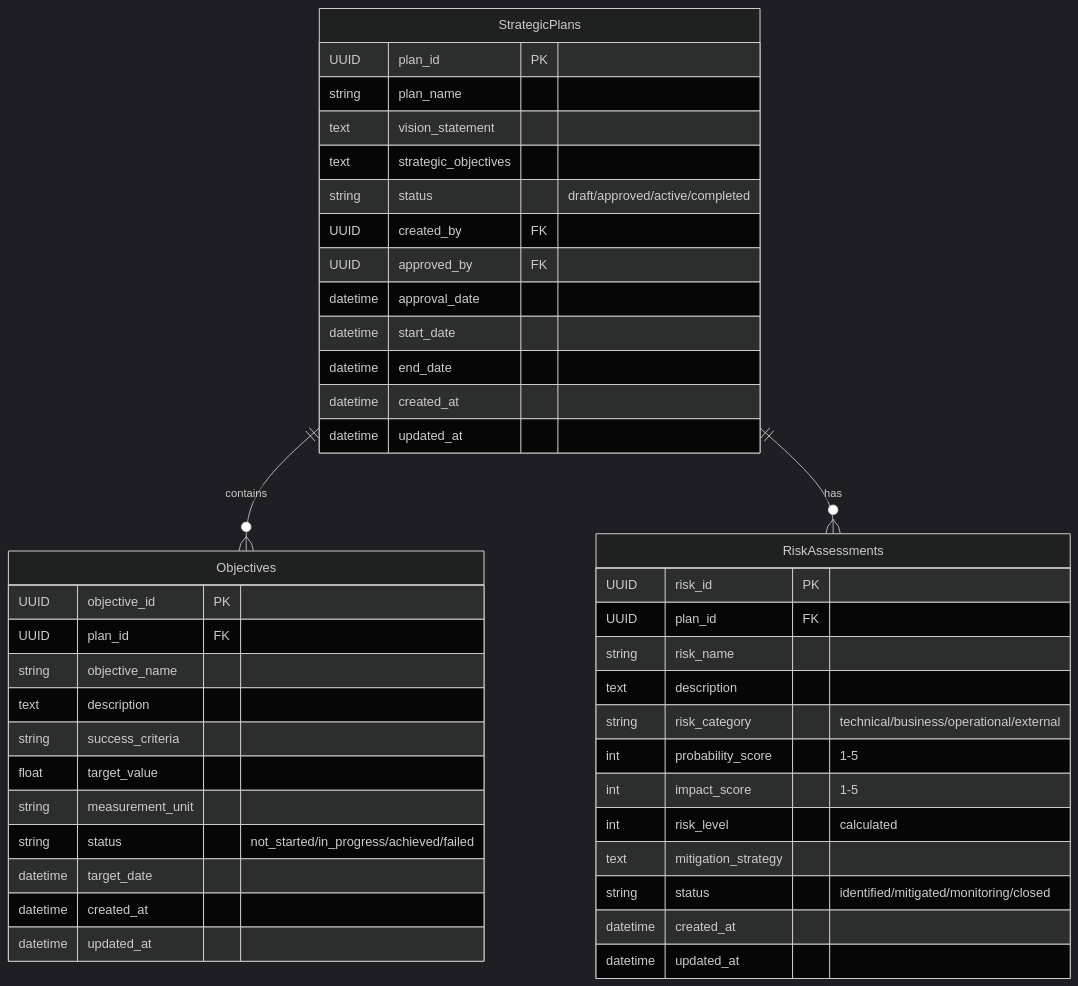
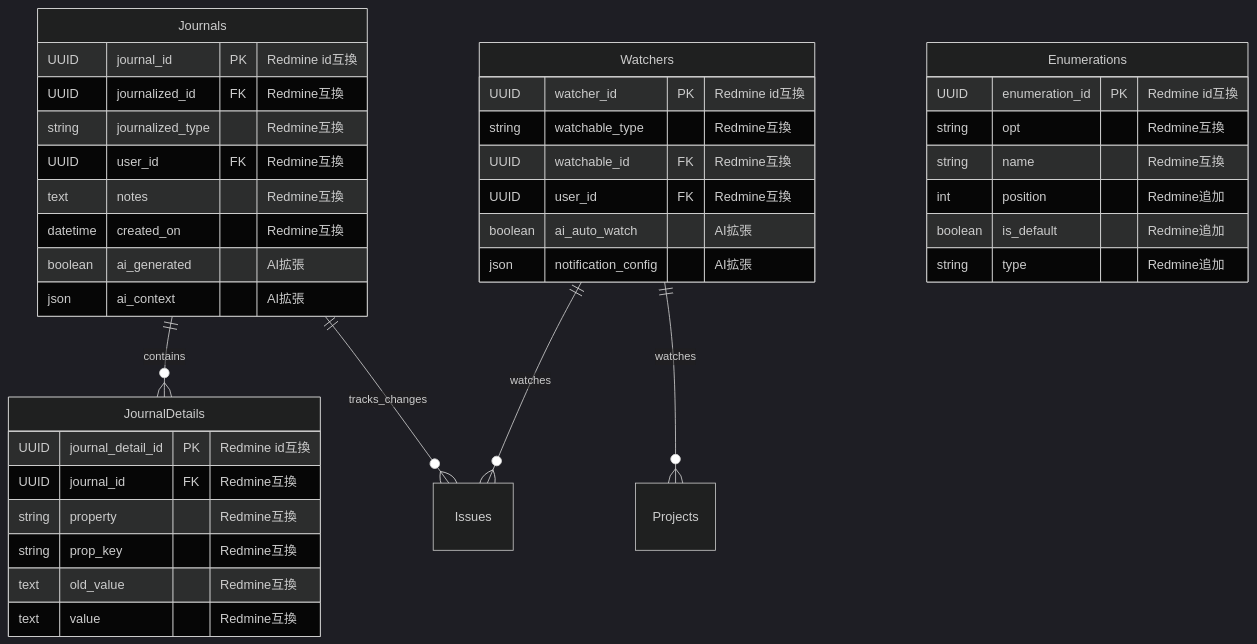
The fourth of 10 diagrams in docs/030000_設計/035000_データ設計/035010_ER図.md (daichiTAAA/AgentOpsPlatform), drawn with Mermaid (dark theme) before and after one commit. The commit also changed other lines of this file, not shown here.

````diff
--- a/docs/030000_設計/035000_データ設計/035010_ER図.md
+++ b/docs/030000_設計/035000_データ設計/035010_ER図.md
@@ -201,49 +341,45 @@
 ```mermaid
 erDiagram
-    StrategicPlans {
-        UUID plan_id PK
-        string plan_name
-        text vision_statement
-        text strategic_objectives
-        string status "draft/approved/active/completed"
-        UUID created_by FK
-        UUID approved_by FK
-        datetime approval_date
-        datetime start_date
-        datetime end_date
-        datetime created_at
-        datetime updated_at
+    Journals {
+        UUID journal_id PK "Redmine id互換"
+        UUID journalized_id FK "Redmine互換"
+        string journalized_type "Redmine互換"
+        UUID user_id FK "Redmine互換"
+        text notes "Redmine互換"
+        datetime created_on "Redmine互換"
+        boolean ai_generated "AI拡張"
+        json ai_context "AI拡張"
     }
     
-    Objectives {
-        UUID objective_id PK
-        UUID plan_id FK
-        string objective_name
-        text description
-        string success_criteria
-        float target_value
-        string measurement_unit
-        string status "not_started/in_progress/achieved/failed"
-        datetime target_date
-        datetime created_at
-        datetime updated_at
+    JournalDetails {
+        UUID journal_detail_id PK "Redmine id互換"
+        UUID journal_id FK "Redmine互換"
+        string property "Redmine互換"
+        string prop_key "Redmine互換"
+        text old_value "Redmine互換"
+        text value "Redmine互換"
     }
     
-    RiskAssessments {
-        UUID risk_id PK
-        UUID plan_id FK
-        string risk_name
-        text description
-        string risk_category "technical/business/operational/external"
-        int probability_score "1-5"
-        int impact_score "1-5"
-        int risk_level "calculated"
-        text mitigation_strategy
-        string status "identified/mitigated/monitoring/closed"
-        datetime created_at
-        datetime updated_at
+    Watchers {
+        UUID watcher_id PK "Redmine id互換"
+        string watchable_type "Redmine互換"
+        UUID watchable_id FK "Redmine互換"
+        UUID user_id FK "Redmine互換"
+        boolean ai_auto_watch "AI拡張"
+        json notification_config "AI拡張"
     }
     
-    StrategicPlans ||--o{ Objectives : contains
-    StrategicPlans ||--o{ RiskAssessments : has
+    Enumerations {
+        UUID enumeration_id PK "Redmine id互換"
+        string opt "Redmine互換"
+        string name "Redmine互換"
+        int position "Redmine追加"
+        boolean is_default "Redmine追加"
+        string type "Redmine追加"
+    }
+    
+    Journals ||--o{ JournalDetails : contains
+    Journals ||--o{ Issues : tracks_changes
+    Watchers ||--o{ Issues : watches
+    Watchers ||--o{ Projects : watches
 ```
````
